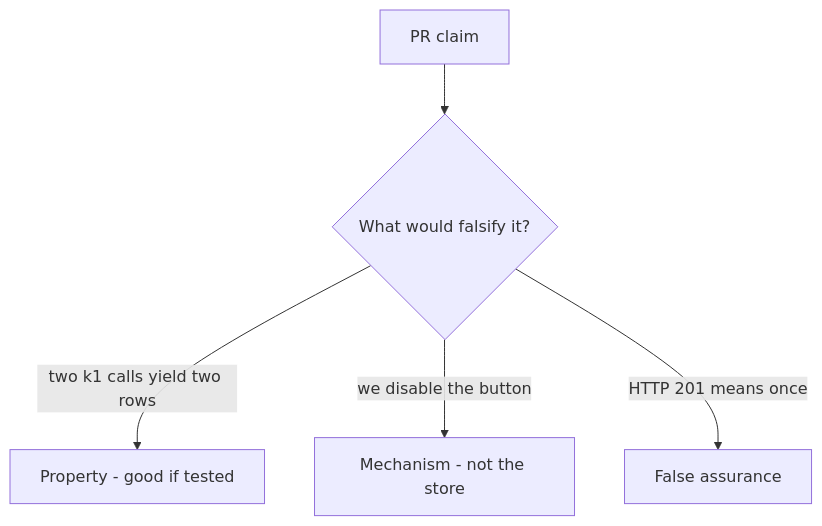
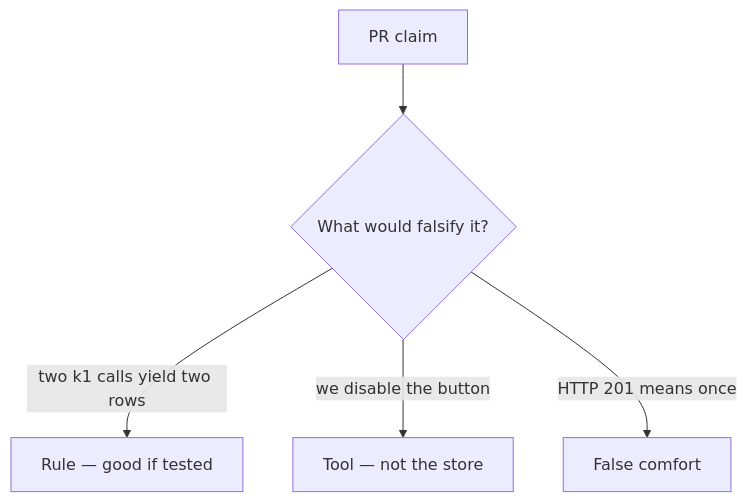
One commit to ishitvagoel/LearnSecurity changed the diagram in content/modules/2/2.4/lessons/08-review.md. Above: the diagram before and after it, drawn with Mermaid. The commit also changed other lines of this file and 7 other files, not shown here.

````diff
--- a/content/modules/2/2.4/lessons/08-review.md
+++ b/content/modules/2/2.4/lessons/08-review.md
@@ -17,7 +18,7 @@
 ```mermaid
 flowchart TD
   Claim[PR claim] --> Q{"What would falsify it?"}
-  Q -->|"two k1 calls yield two rows"| Property["Property - good if tested"]
-  Q -->|"we disable the button"| Mechanism[Mechanism - not the store]
-  Q -->|"HTTP 201 means once"| False[False assurance]
+  Q -->|"two k1 calls yield two rows"| Property["Rule — good if tested"]
+  Q -->|"we disable the button"| Mechanism[Tool — not the store]
+  Q -->|"HTTP 201 means once"| False[False comfort]
 ```
````
